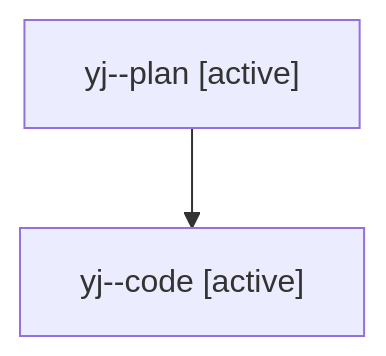
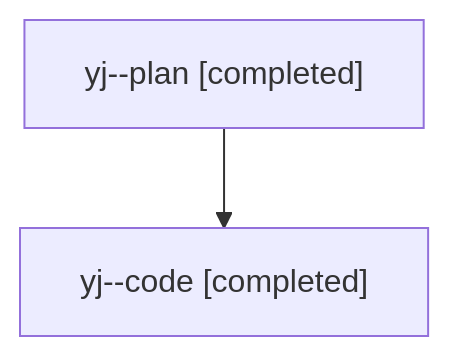
The diagram in families/bbugyi200.athena.yj.md (sase-org/sase--agents), drawn with Mermaid before and after one commit. The commit also changed other lines of this file and 1973 other files, not shown here.

````diff
--- a/families/bbugyi200.athena.yj.md
+++ b/families/bbugyi200.athena.yj.md
@@ -9,6 +9,6 @@
 ```mermaid
 flowchart TD
-  n0["yj--plan [active]"]
-  n1["yj--code [active]"]
+  n0["yj--plan [completed]"]
+  n1["yj--code [completed]"]
   n0 --> n1
 ```
````
